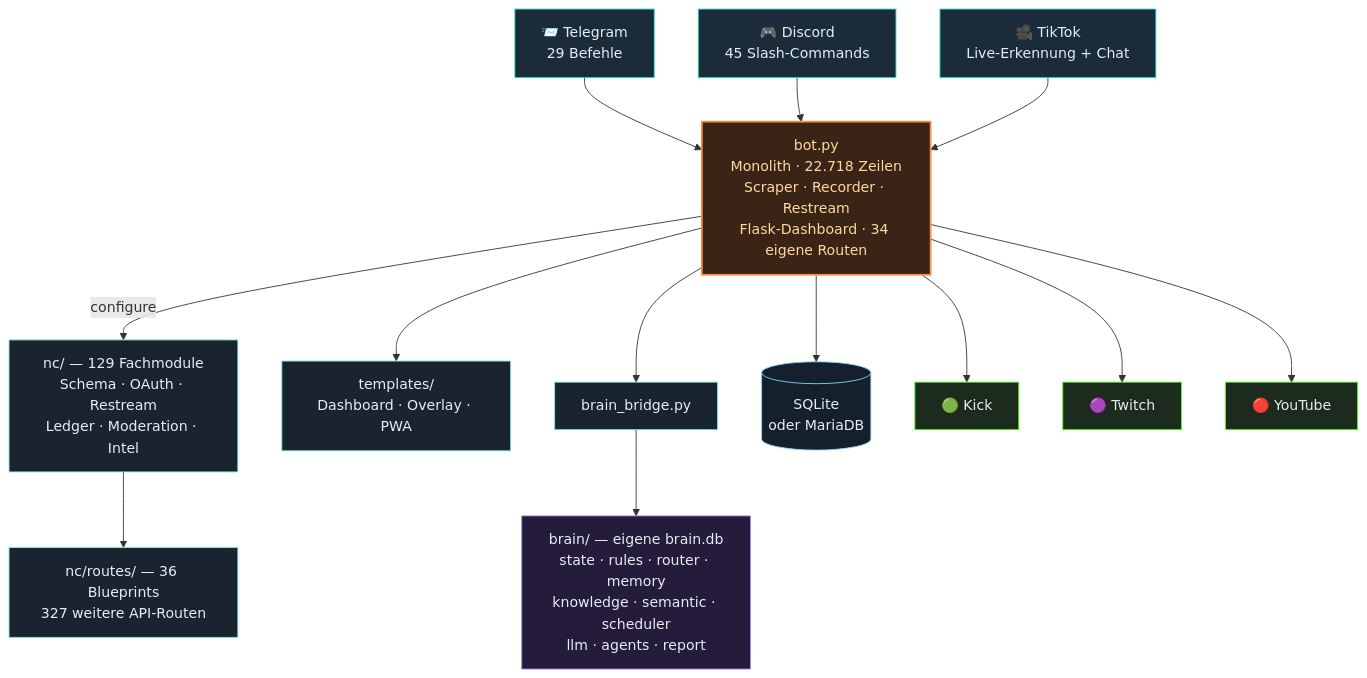
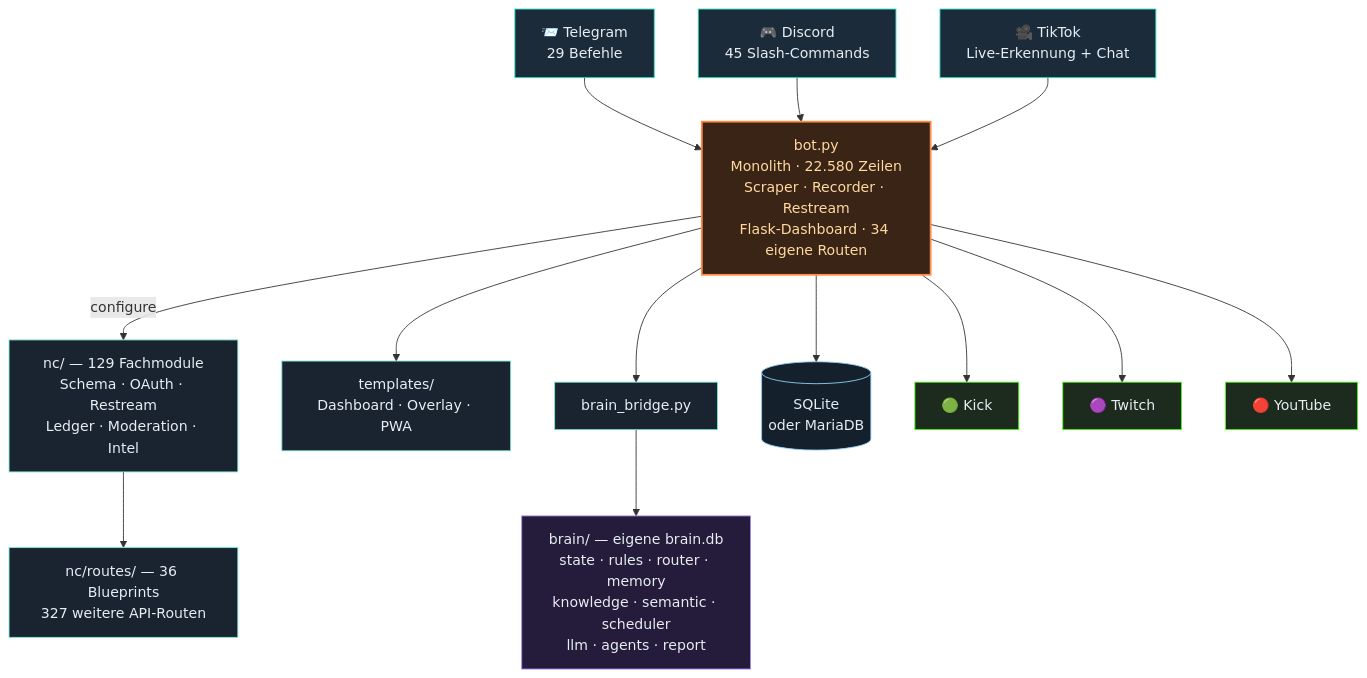
Before and after one commit to itsamemedev/Telegram-Stream-Info-Bot: the third of 4 diagrams in README.md, drawn with Mermaid. The commit also changed other lines of this file and 8 other files, not shown here.

````diff
--- a/README.md
+++ b/README.md
@@ -189,30 +189,30 @@
 ```mermaid
 flowchart TB
     TG["📨 Telegram<br/>29 Befehle"]:::ein
     DC["🎮 Discord<br/>45 Slash-Commands"]:::ein
     TT["🎥 TikTok<br/>Live-Erkennung + Chat"]:::ein
 
     TG --> BOT
     DC --> BOT
     TT --> BOT
 
-    BOT["bot.py<br/>Monolith · 22.718 Zeilen<br/>Scraper · Recorder · Restream<br/>Flask-Dashboard · 34 eigene Routen"]:::core
+    BOT["bot.py<br/>Monolith · 22.580 Zeilen<br/>Scraper · Recorder · Restream<br/>Flask-Dashboard · 34 eigene Routen"]:::core
 
     BOT -->|configure| NC["nc/ — 129 Fachmodule<br/>Schema · OAuth · Restream<br/>Ledger · Moderation · Intel"]:::lib
     NC --> RT["nc/routes/ — 36 Blueprints<br/>327 weitere API-Routen"]:::lib
     BOT --> TPL["templates/<br/>Dashboard · Overlay · PWA"]:::lib
     BOT --> BR["brain_bridge.py"]:::lib
     BR --> BRAIN["brain/ — eigene brain.db<br/>state · rules · router · memory<br/>knowledge · semantic · scheduler<br/>llm · agents · report"]:::brain
     BOT --> DB[("SQLite<br/>oder MariaDB")]:::db
 
     BOT --> KICK["🟢 Kick"]:::out
     BOT --> TW["🟣 Twitch"]:::out
     BOT --> YT["🔴 YouTube"]:::out
 
     classDef ein fill:#1c2b3a,stroke:#2de1c2,color:#e6edf3
     classDef core fill:#3a2415,stroke:#ff8c42,stroke-width:2px,color:#ffd9a0
     classDef lib fill:#1a2430,stroke:#7fe7d4,color:#e6edf3
     classDef brain fill:#241c3a,stroke:#a78bfa,color:#e6edf3
     classDef db fill:#14202c,stroke:#8fd3f4,color:#e6edf3
     classDef out fill:#1c2b1e,stroke:#53fc18,color:#e6edf3
 ```
````
